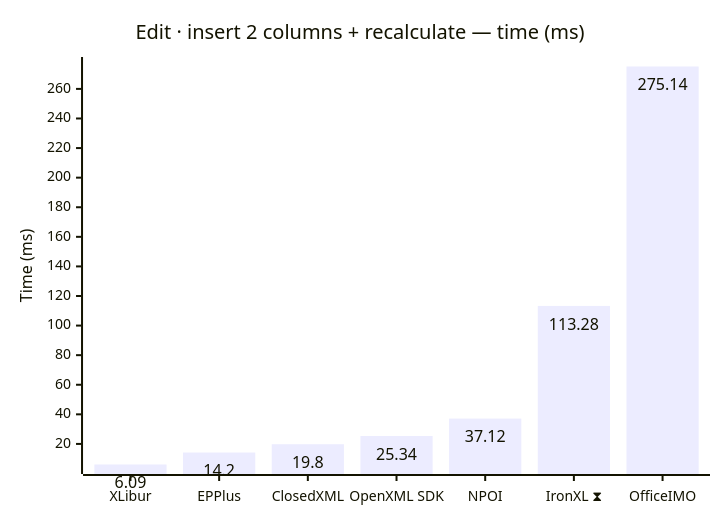
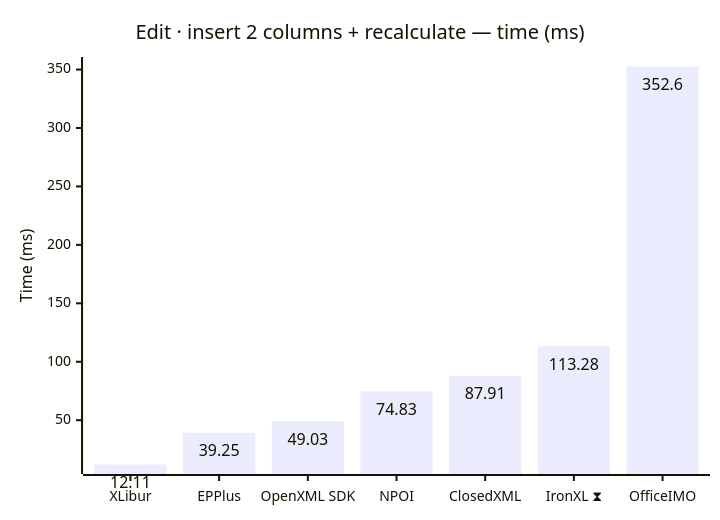
Before and after one commit to jafin/XLBench: diagram 11 of 12 in docs/results-ci.md, drawn with Mermaid. The commit also changed other lines of this file, not shown here.

````diff
--- a/docs/results-ci.md
+++ b/docs/results-ci.md
@@ -173,12 +173,12 @@
 ```mermaid
 ---
 config:
   xyChart:
     showDataLabel: true
 ---
 xychart-beta
     title "Edit · insert 2 columns + recalculate — time (ms)"
-    x-axis ["XLibur", "EPPlus", "ClosedXML", "OpenXML SDK", "NPOI", "IronXL ⧗", "OfficeIMO"]
+    x-axis ["XLibur", "EPPlus", "OpenXML SDK", "NPOI", "ClosedXML", "IronXL ⧗", "OfficeIMO"]
     y-axis "Time (ms)"
-    bar [6.09, 14.2, 19.8, 25.34, 37.12, 113.28, 275.14]
+    bar [12.11, 39.25, 49.03, 74.83, 87.91, 113.28, 352.6]
 ```
````
